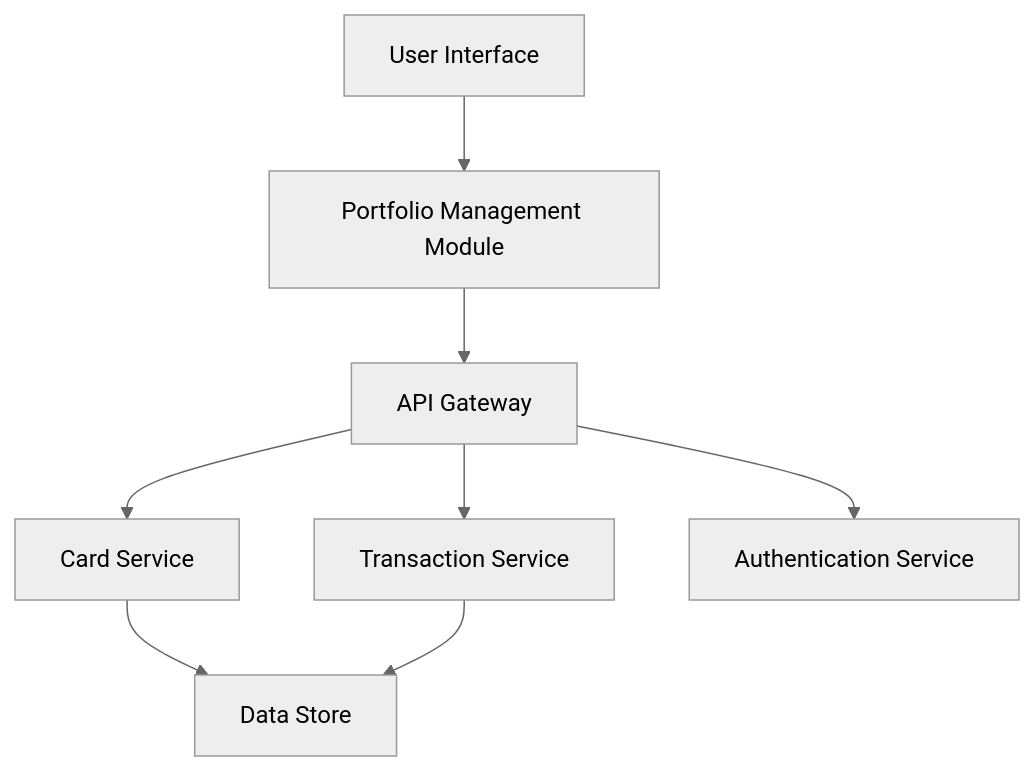
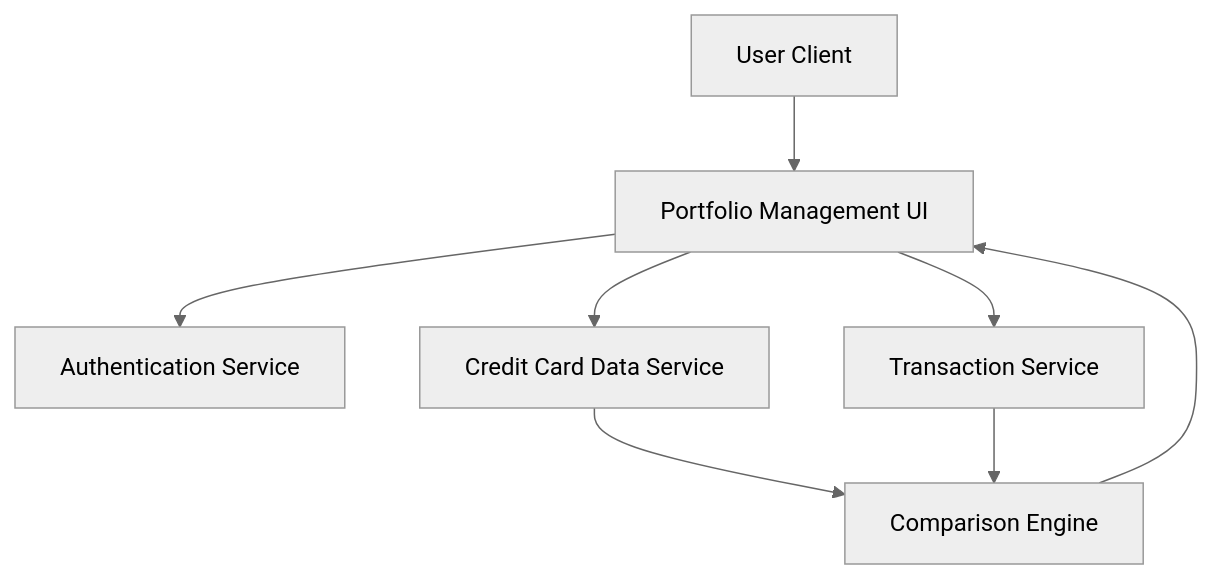
Before and after one commit to AAVA-Demo/APB_Demo: the diagram in HLD/QE-7731_HLD.md, drawn with Mermaid (neutral theme). The commit also changed other lines of this file and 5 other files, not shown here.

````diff
--- a/HLD/QE-7731_HLD.md
+++ b/HLD/QE-7731_HLD.md
@@ -7,17 +6,16 @@
 ```mermaid
 flowchart TD
-    A["User Interface"]
-    B["Portfolio Management Module"]
-    C["API Gateway"]
-    D["Card Service"]
+    A["User Client"]
+    B["Portfolio Management UI"]
+    C["Authentication Service"]
+    D["Credit Card Data Service"]
     E["Transaction Service"]
-    F["Authentication Service"]
-    G["Data Store"]
+    F["Comparison Engine"]
     A --> B
     B --> C
-    C --> D
-    C --> E
-    C --> F
-    D --> G
-    E --> G
+    B --> D
+    B --> E
+    D --> F
+    E --> F
+    F --> B
 ```
````
